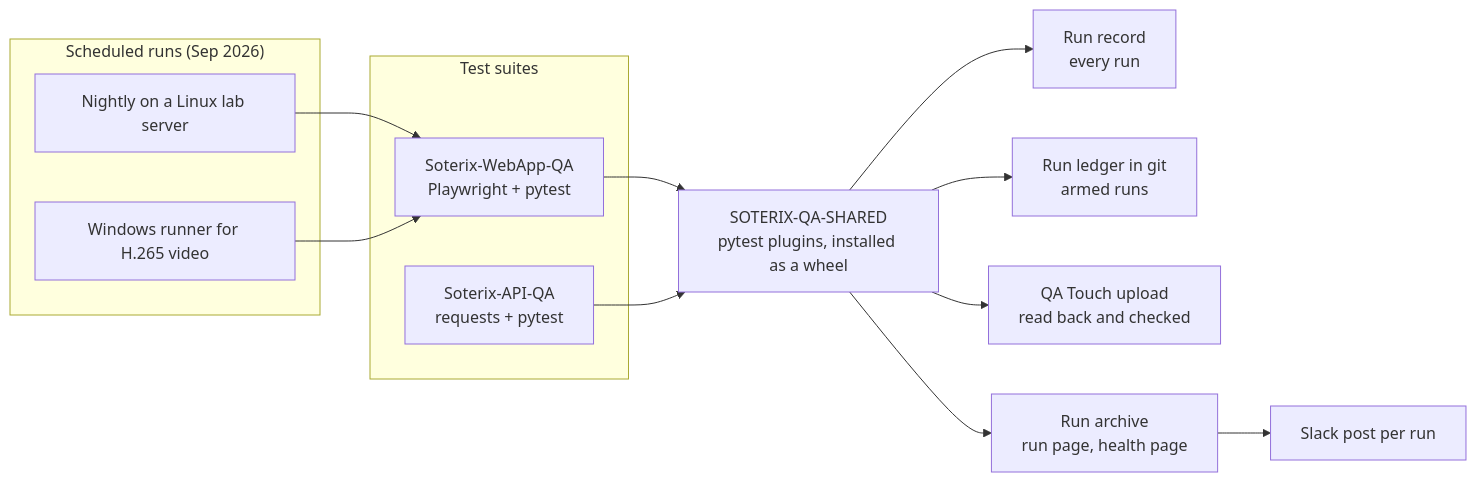
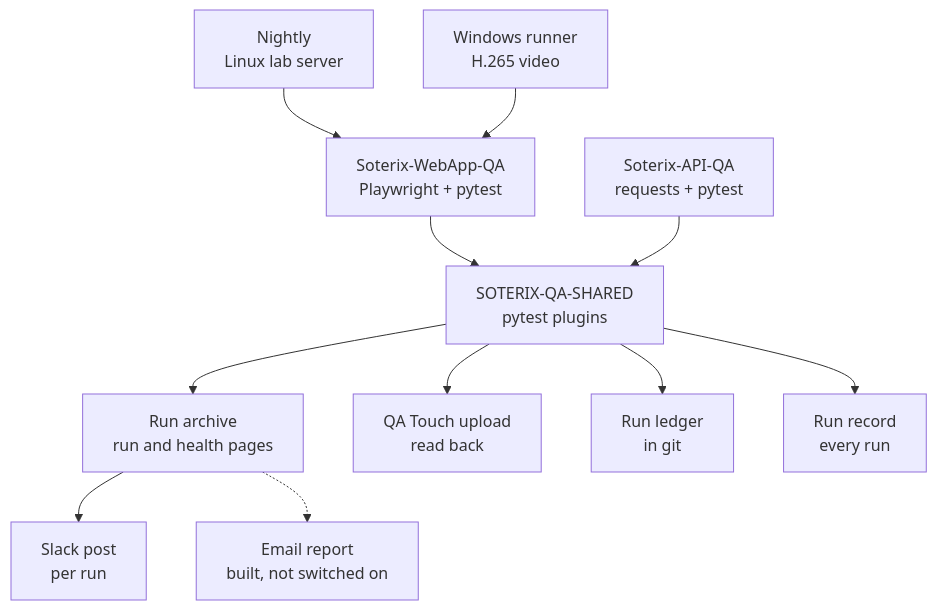
The diagram in README.md (JustVar/qa-automation-case-study), drawn with Mermaid before and after one commit. The commit also changed other lines of this file, not shown here.

Commit message:
Update README wording and diagram layout

````diff
--- a/README.md
+++ b/README.md
@@ -34,21 +35,14 @@
 ```mermaid
-flowchart LR
-    subgraph suites["Test suites"]
-        W["Soterix-WebApp-QA<br/>Playwright + pytest"]
-        A["Soterix-API-QA<br/>requests + pytest"]
-    end
-    S["SOTERIX-QA-SHARED<br/>pytest plugins, installed as a wheel"]
-    W --> S
-    A --> S
+flowchart TB
+    N["Nightly<br/>Linux lab server"] --> W
+    X["Windows runner<br/>H.265 video"] --> W
+    W["Soterix-WebApp-QA<br/>Playwright + pytest"] --> S
+    A["Soterix-API-QA<br/>requests + pytest"] --> S
+    S["SOTERIX-QA-SHARED<br/>pytest plugins"]
+    S --> P["Run archive<br/>run and health pages"]
+    S --> Q["QA Touch upload<br/>read back"]
+    S --> L["Run ledger<br/>in git"]
     S --> R["Run record<br/>every run"]
-    S --> L["Run ledger in git<br/>armed runs"]
-    S --> Q["QA Touch upload<br/>read back and checked"]
-    S --> P["Run archive<br/>run page, health page"]
-    subgraph sched["Scheduled runs (Sep 2026)"]
-        N["Nightly on a Linux lab server"]
-        X["Windows runner for H.265 video"]
-    end
-    N --> W
-    X --> W
-    P --> K["Slack post per run"]
+    P --> K["Slack post<br/>per run"]
+    P -.-> E["Email report<br/>built, not switched on"]
 ```
````
